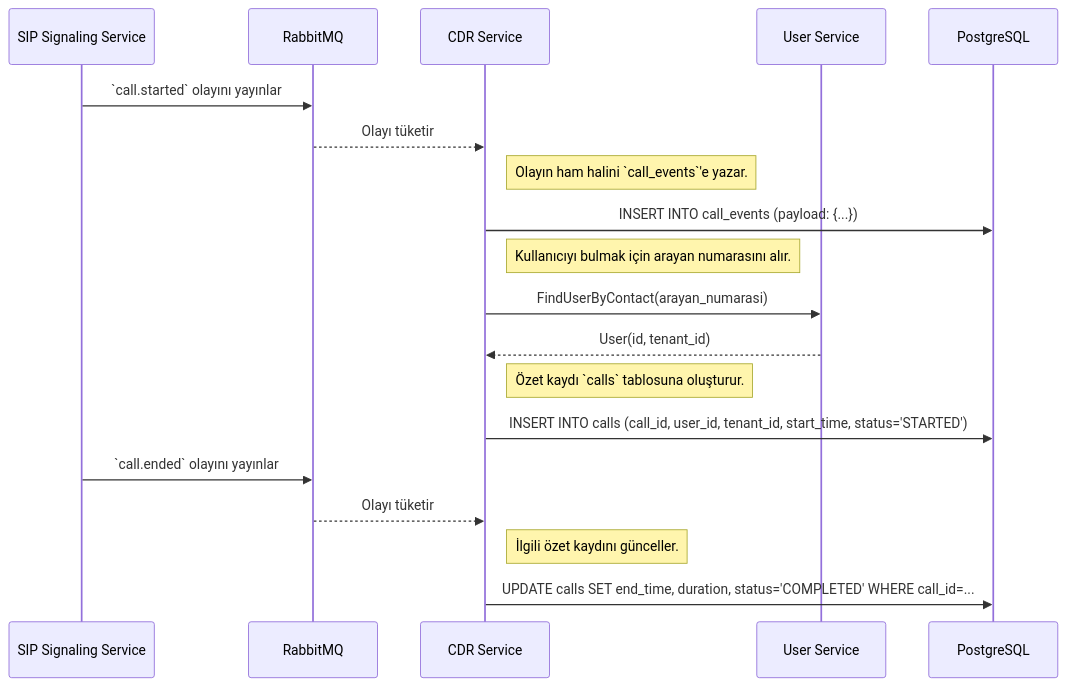
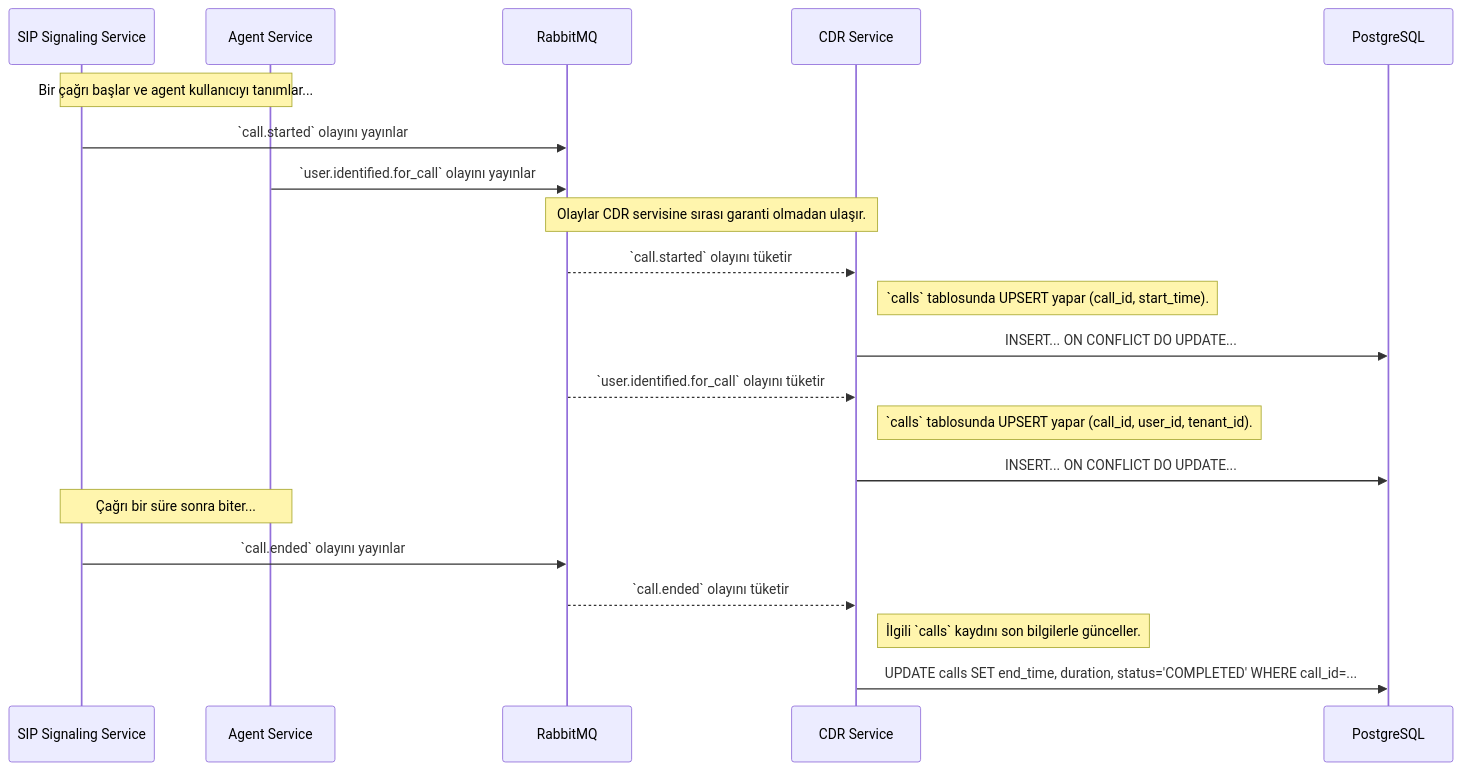
The diagram in LOGIC.md (sentiric/sentiric-cdr-service), drawn with Mermaid before and after one commit. The commit also changed other lines of this file and 2 other files, not shown here.

First paragraph of the commit message:
docs(cdr): Update documentation for resilient and standardized architecture
This commit updates all major documentation files (TASKS.md, LOGIC.md,
README.md) to reflect the recent architectural overhaul of the `cdr-service`.

````diff
--- a/LOGIC.md
+++ b/LOGIC.md
@@ -20,34 +22,32 @@
 ```mermaid
 sequenceDiagram
     participant SignalingService as SIP Signaling Service
+    participant AgentService as Agent Service
     participant RabbitMQ
     participant CDRService as CDR Service
-    participant UserService as User Service
     participant PostgreSQL
 
+    Note over SignalingService, AgentService: Bir çağrı başlar ve agent kullanıcıyı tanımlar...
+
     SignalingService->>RabbitMQ: `call.started` olayını yayınlar
+    AgentService->>RabbitMQ: `user.identified.for_call` olayını yayınlar
     
-    RabbitMQ-->>CDRService: Olayı tüketir
+    Note over RabbitMQ, CDRService: Olaylar CDR servisine sırası garanti olmadan ulaşır.
     
-    Note right of CDRService: Olayın ham halini `call_events`'e yazar.
+    RabbitMQ-->>CDRService: `call.started` olayını tüketir
+    Note right of CDRService: `calls` tablosunda UPSERT yapar (call_id, start_time).
+    CDRService->>PostgreSQL: INSERT... ON CONFLICT DO UPDATE...
 
-    CDRService->>PostgreSQL: INSERT INTO call_events (payload: {...})
-    
-    Note right of CDRService: Kullanıcıyı bulmak için arayan numarasını alır.
+    RabbitMQ-->>CDRService: `user.identified.for_call` olayını tüketir
+    Note right of CDRService: `calls` tablosunda UPSERT yapar (call_id, user_id, tenant_id).
+    CDRService->>PostgreSQL: INSERT... ON CONFLICT DO UPDATE...
 
-    CDRService->>UserService: FindUserByContact(arayan_numarasi)
-    UserService-->>CDRService: User(id, tenant_id)
-    
-    Note right of CDRService: Özet kaydı `calls` tablosuna oluşturur.
-
-    CDRService->>PostgreSQL: INSERT INTO calls (call_id, user_id, tenant_id, start_time, status='STARTED')
-
-
+    Note over SignalingService, AgentService: Çağrı bir süre sonra biter...
 
     SignalingService->>RabbitMQ: `call.ended` olayını yayınlar
-    RabbitMQ-->>CDRService: Olayı tüketir
+    RabbitMQ-->>CDRService: `call.ended` olayını tüketir
     
-    Note right of CDRService: İlgili özet kaydını günceller.
+    Note right of CDRService: İlgili `calls` kaydını son bilgilerle günceller.
     
     CDRService->>PostgreSQL: UPDATE calls SET end_time, duration, status='COMPLETED' WHERE call_id=...
 ```
````
